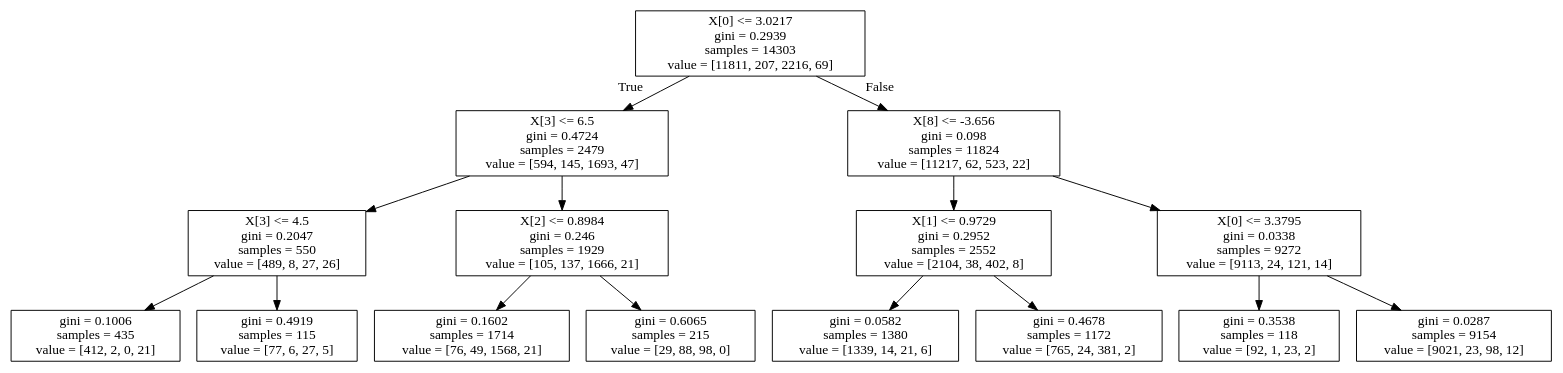
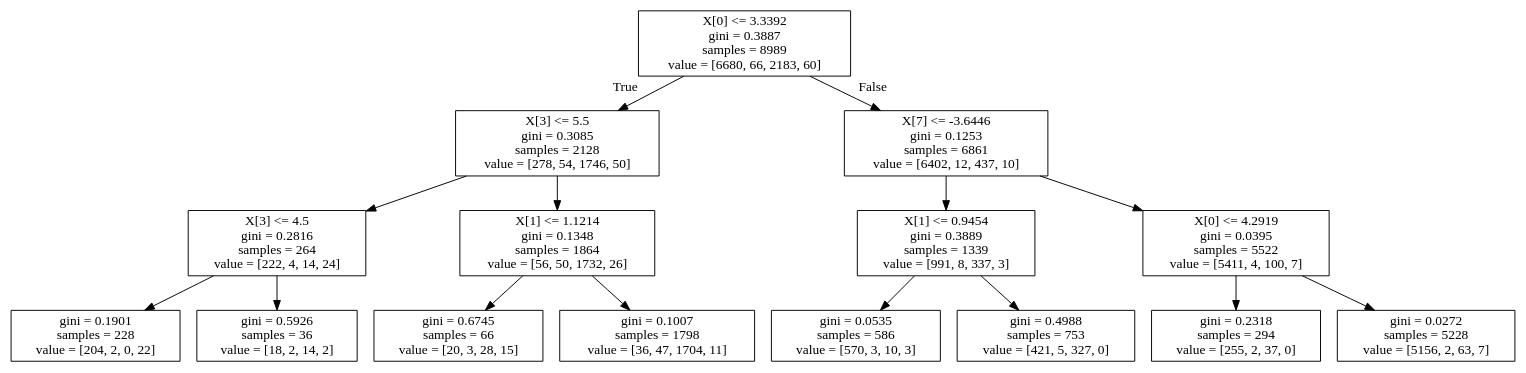
One commit to hias234/drive-by-multi-lane-parking-detection-evaluation changed the diagram in drive_by_evaluation/db_machine_learning/tree_pruned_parknet.dot. Above: the diagram before and after it, drawn with Graphviz. The commit also changed 4 other files, not shown here.

```diff
--- a/drive_by_evaluation/db_machine_learning/tree_pruned_parknet.dot
+++ b/drive_by_evaluation/db_machine_learning/tree_pruned_parknet.dot
@@ -1,32 +1,32 @@
 digraph Tree {
 node [shape=box] ;
-0 [label="X[0] <= 3.0217\ngini = 0.2939\nsamples = 14303\nvalue = [11811, 207, 2216, 69]"] ;
-1 [label="X[3] <= 6.5\ngini = 0.4724\nsamples = 2479\nvalue = [594, 145, 1693, 47]"] ;
+0 [label="X[0] <= 3.3392\ngini = 0.3887\nsamples = 8989\nvalue = [6680, 66, 2183, 60]"] ;
+1 [label="X[3] <= 5.5\ngini = 0.3085\nsamples = 2128\nvalue = [278, 54, 1746, 50]"] ;
 0 -> 1 [labeldistance=2.5, labelangle=45, headlabel="True"] ;
-2 [label="X[3] <= 4.5\ngini = 0.2047\nsamples = 550\nvalue = [489, 8, 27, 26]"] ;
+2 [label="X[3] <= 4.5\ngini = 0.2816\nsamples = 264\nvalue = [222, 4, 14, 24]"] ;
 1 -> 2 ;
-3 [label="gini = 0.1006\nsamples = 435\nvalue = [412, 2, 0, 21]"] ;
+3 [label="gini = 0.1901\nsamples = 228\nvalue = [204, 2, 0, 22]"] ;
 2 -> 3 ;
-4 [label="gini = 0.4919\nsamples = 115\nvalue = [77, 6, 27, 5]"] ;
+4 [label="gini = 0.5926\nsamples = 36\nvalue = [18, 2, 14, 2]"] ;
 2 -> 4 ;
-5 [label="X[2] <= 0.8984\ngini = 0.246\nsamples = 1929\nvalue = [105, 137, 1666, 21]"] ;
+5 [label="X[1] <= 1.1214\ngini = 0.1348\nsamples = 1864\nvalue = [56, 50, 1732, 26]"] ;
 1 -> 5 ;
-6 [label="gini = 0.1602\nsamples = 1714\nvalue = [76, 49, 1568, 21]"] ;
+6 [label="gini = 0.6745\nsamples = 66\nvalue = [20, 3, 28, 15]"] ;
 5 -> 6 ;
-7 [label="gini = 0.6065\nsamples = 215\nvalue = [29, 88, 98, 0]"] ;
+7 [label="gini = 0.1007\nsamples = 1798\nvalue = [36, 47, 1704, 11]"] ;
 5 -> 7 ;
-8 [label="X[8] <= -3.656\ngini = 0.098\nsamples = 11824\nvalue = [11217, 62, 523, 22]"] ;
+8 [label="X[7] <= -3.6446\ngini = 0.1253\nsamples = 6861\nvalue = [6402, 12, 437, 10]"] ;
 0 -> 8 [labeldistance=2.5, labelangle=-45, headlabel="False"] ;
-9 [label="X[1] <= 0.9729\ngini = 0.2952\nsamples = 2552\nvalue = [2104, 38, 402, 8]"] ;
+9 [label="X[1] <= 0.9454\ngini = 0.3889\nsamples = 1339\nvalue = [991, 8, 337, 3]"] ;
 8 -> 9 ;
-10 [label="gini = 0.0582\nsamples = 1380\nvalue = [1339, 14, 21, 6]"] ;
+10 [label="gini = 0.0535\nsamples = 586\nvalue = [570, 3, 10, 3]"] ;
 9 -> 10 ;
-11 [label="gini = 0.4678\nsamples = 1172\nvalue = [765, 24, 381, 2]"] ;
+11 [label="gini = 0.4988\nsamples = 753\nvalue = [421, 5, 327, 0]"] ;
 9 -> 11 ;
-12 [label="X[0] <= 3.3795\ngini = 0.0338\nsamples = 9272\nvalue = [9113, 24, 121, 14]"] ;
+12 [label="X[0] <= 4.2919\ngini = 0.0395\nsamples = 5522\nvalue = [5411, 4, 100, 7]"] ;
 8 -> 12 ;
-13 [label="gini = 0.3538\nsamples = 118\nvalue = [92, 1, 23, 2]"] ;
+13 [label="gini = 0.2318\nsamples = 294\nvalue = [255, 2, 37, 0]"] ;
 12 -> 13 ;
-14 [label="gini = 0.0287\nsamples = 9154\nvalue = [9021, 23, 98, 12]"] ;
+14 [label="gini = 0.0272\nsamples = 5228\nvalue = [5156, 2, 63, 7]"] ;
 12 -> 14 ;
 }
```
